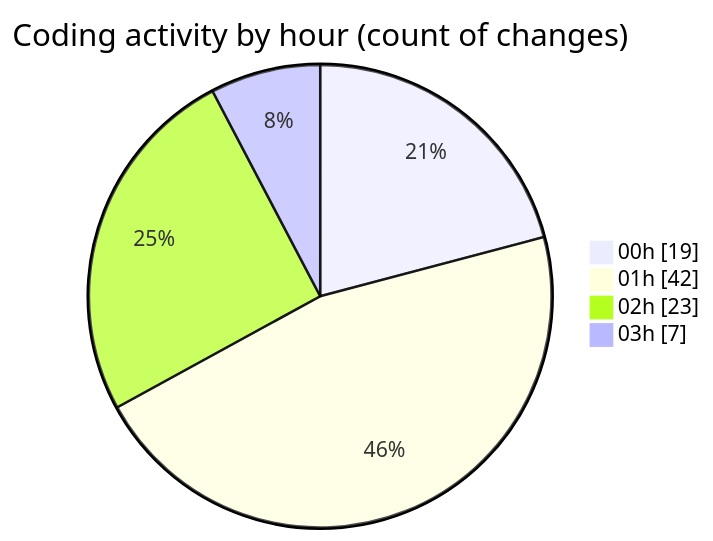
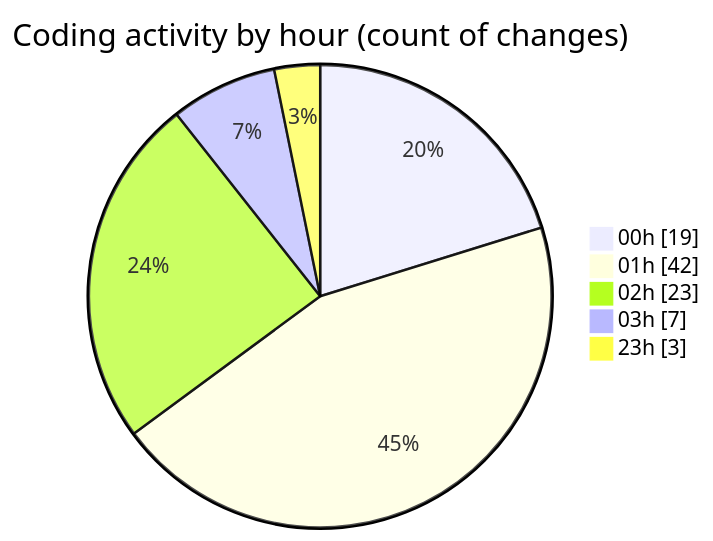
One commit to momahboobian/code-tracking changed the second of 2 diagrams in 2025-02-23/pdf-analysis-app/README.md. Above: the diagram before and after it, drawn with Mermaid. The commit also changed other lines of this file and 1 other file, not shown here.

````diff
--- a/2025-02-23/pdf-analysis-app/README.md
+++ b/2025-02-23/pdf-analysis-app/README.md
@@ -44,8 +45,9 @@
 ```mermaid
 pie showData
 title Coding activity by hour (count of changes)
 "00h" : 19
 "01h" : 42
 "02h" : 23
 "03h" : 7
+"23h" : 3
 ```
````
